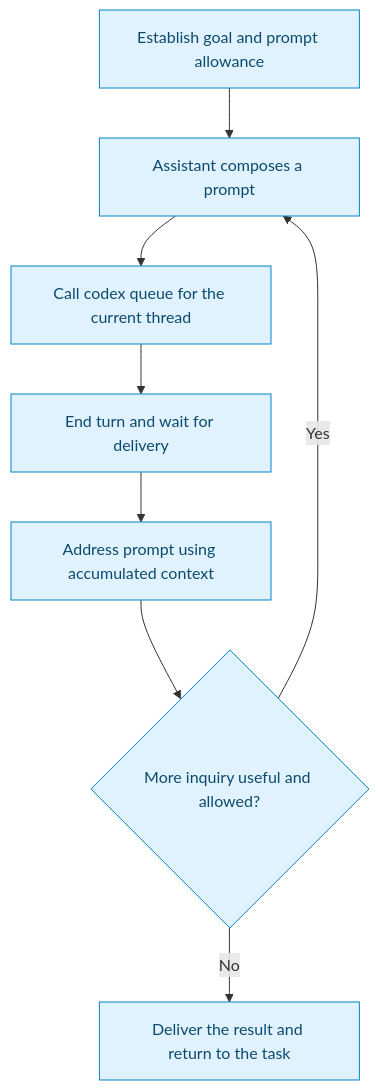
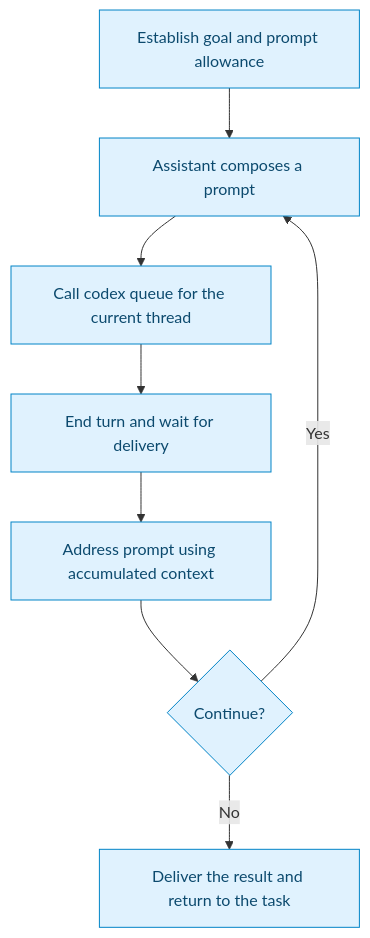
Before and after one commit to adamjpatterson/meta-prompting: the diagram in README.md, drawn with Mermaid. The commit also changed other lines of this file and 1 other file, not shown here.

Commit message:
Simplify update guidance and workflow diagram

````diff
--- a/README.md
+++ b/README.md
@@ -140,11 +135,11 @@
 ```mermaid
 flowchart TD
     A[Establish goal and prompt allowance] --> B[Assistant composes a prompt]
     B --> C[Call codex queue for the current thread]
     C --> D[End turn and wait for delivery]
     D --> E[Address prompt using accumulated context]
-    E --> F{More inquiry useful and allowed?}
+    E --> F{Continue?}
     F -->|Yes| B
     F -->|No| G[Deliver the result and return to the task]
     classDef default fill:#e0f2fe,stroke:#0284c7,color:#0c4a6e;
 ```
````
